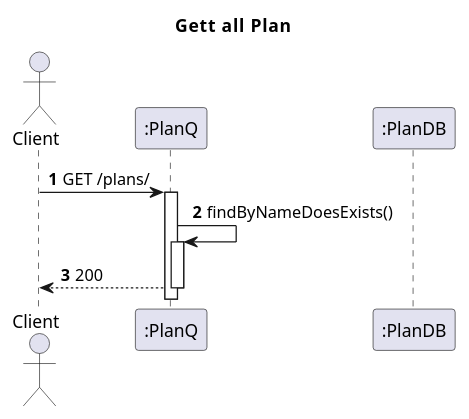
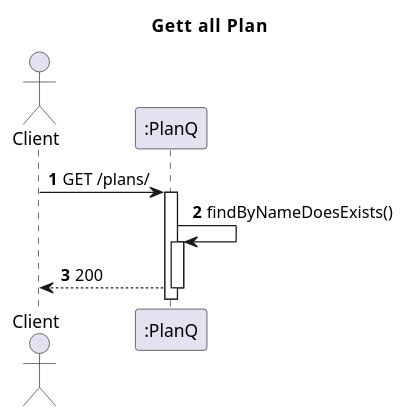
One commit to IsepMartimOliveira/SIDIS changed the diagram in docs_sidis/Segunda_Avalição/Plans/Vista_Logica/N2/N2_GetAllPlans_Plan.puml. Above: the diagram before and after it, drawn with PlantUML. The commit also changed 34 other files, not shown here.

```diff
--- a/docs_sidis/Segunda_Avalição/Plans/Vista_Logica/N2/N2_GetAllPlans_Plan.puml
+++ b/docs_sidis/Segunda_Avalição/Plans/Vista_Logica/N2/N2_GetAllPlans_Plan.puml
@@ -1,15 +1,14 @@
 @startuml
 'https://plantuml.com/sequence-diagram
 autoactivate on
 autonumber
 title  Gett  all  Plan
 
 autonumber
 
 actor "Client" as Ac
 participant ":PlanQ" as Auth
-participant ":PlanDB" as DB
 Ac->Auth:GET /plans/
 Auth->Auth:findByNameDoesExists()
 Auth-->Ac:200
 @enduml
```
